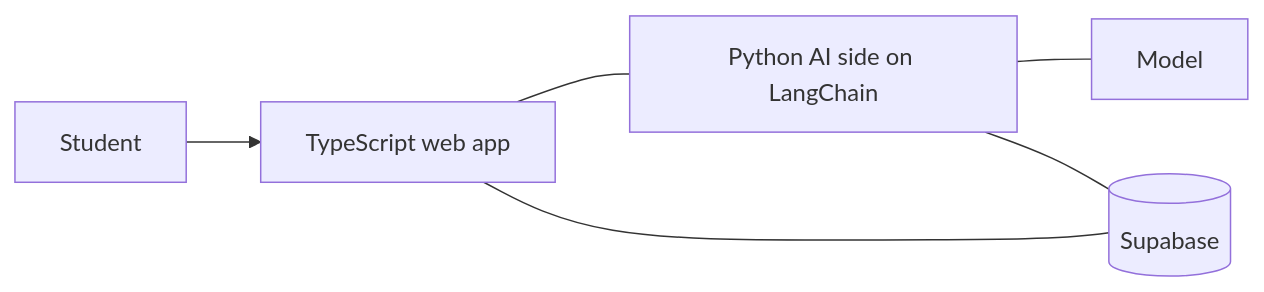
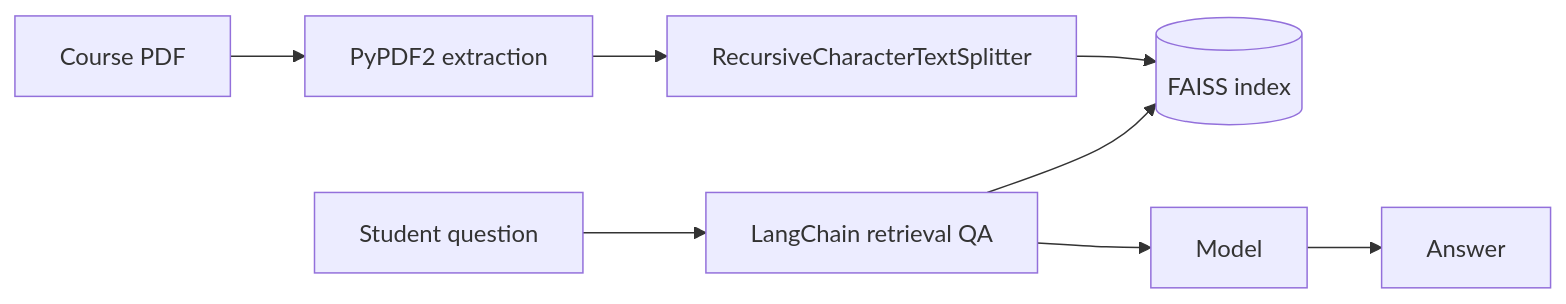
One commit to tylerp63/updated-portfolio changed the diagram in content/studymonkey.mdx. Above: the diagram before and after it, drawn with Mermaid. The commit also changed other lines of this file and 11 other files, not shown here.

````diff
--- a/content/studymonkey.mdx
+++ b/content/studymonkey.mdx
@@ -21,8 +17,10 @@
 ```mermaid
 flowchart LR
-  S[Student] --> W[TypeScript web app]
-  W --- P[Python AI side on LangChain]
-  P --- M[Model]
-  W --- DB[(Supabase)]
-  P --- DB
+  P[Course PDF] --> X[PyPDF2 extraction]
+  X --> C[RecursiveCharacterTextSplitter]
+  C --> F[(FAISS index)]
+  Q[Student question] --> QA[LangChain retrieval QA]
+  QA --> F
+  QA --> M[Model]
+  M --> A[Answer]
 ```
````
